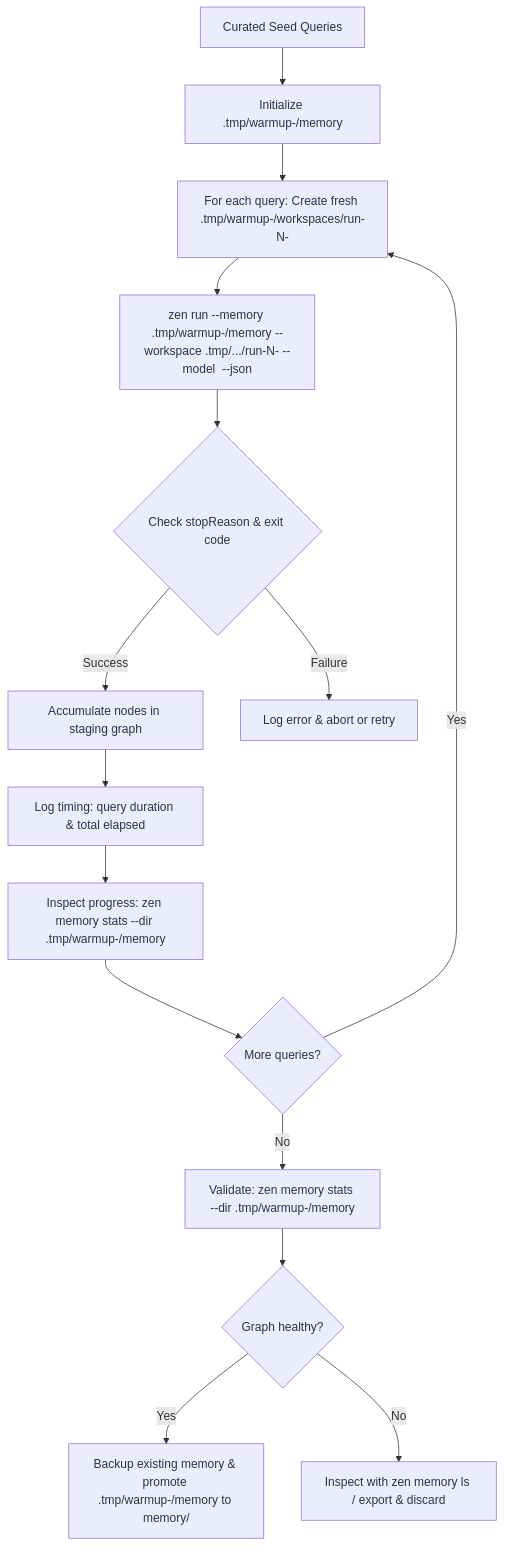
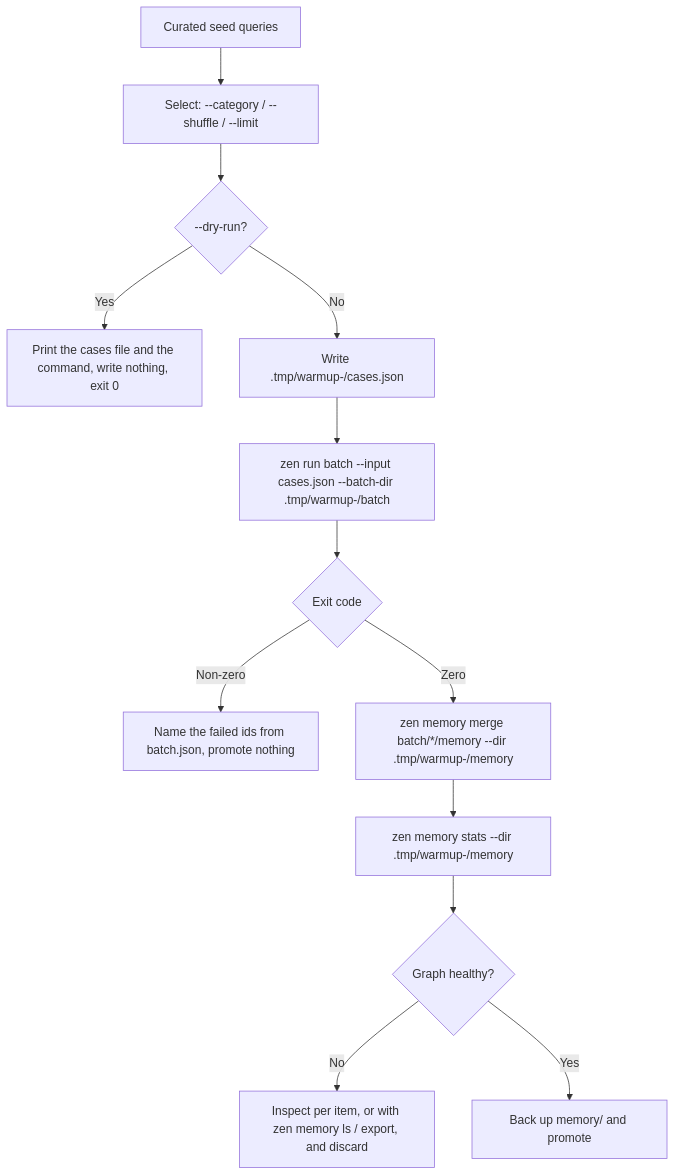
One commit to andreyryabov/ZeneraNeo changed the second of 2 diagrams in packages/cli/templates/editor/.github/skills/zen-memory-warmup/SKILL.md. Above: the diagram before and after it, drawn with Mermaid. The commit also changed other lines of this file and 20 other files, not shown here.

First line of the commit message:
feat: introduce batch processing for parallel runs with read-only memory support

````diff
--- a/packages/cli/templates/editor/.github/skills/zen-memory-warmup/SKILL.md
+++ b/packages/cli/templates/editor/.github/skills/zen-memory-warmup/SKILL.md
@@ -158,17 +144,15 @@
 ```mermaid
 flowchart TD
-    A[Curated Seed Queries] --> B["Initialize .tmp/warmup-<timestamp>/memory"]
-    B --> C["For each query: Create fresh .tmp/warmup-<timestamp>/workspaces/run-N-<timestamp>"]
-    C --> D["zen run --memory .tmp/warmup-<timestamp>/memory --workspace .tmp/.../run-N-<timestamp> --model <model> --json"]
-    D --> E{Check stopReason & exit code}
-    E -- Success --> F[Accumulate nodes in staging graph]
-    E -- Failure --> G[Log error & abort or retry]
-    F --> T["Log timing: query duration & total elapsed"]
-    T --> S["Inspect progress: zen memory stats --dir .tmp/warmup-<timestamp>/memory"]
-    S --> H{More queries?}
-    H -- Yes --> C
-    H -- No --> I["Validate: zen memory stats --dir .tmp/warmup-<timestamp>/memory"]
-    I --> J{Graph healthy?}
-    J -- Yes --> K["Backup existing memory & promote .tmp/warmup-<timestamp>/memory to memory/"]
-    J -- No --> L[Inspect with zen memory ls / export & discard]
+    A["Curated seed queries"] --> B["Select: --category / --shuffle / --limit"]
+    B --> C{"--dry-run?"}
+    C -- Yes --> D["Print the cases file and the command, write nothing, exit 0"]
+    C -- No --> E["Write .tmp/warmup-<stamp>/cases.json"]
+    E --> F["zen run batch --input cases.json --batch-dir .tmp/warmup-<stamp>/batch"]
+    F --> G{"Exit code"}
+    G -- Non-zero --> H["Name the failed ids from batch.json, promote nothing"]
+    G -- Zero --> I["zen memory merge batch/*/memory --dir .tmp/warmup-<stamp>/memory"]
+    I --> J["zen memory stats --dir .tmp/warmup-<stamp>/memory"]
+    J --> K{"Graph healthy?"}
+    K -- No --> L["Inspect per item, or with zen memory ls / export, and discard"]
+    K -- Yes --> M["Back up memory/ and promote"]
 ```
````
